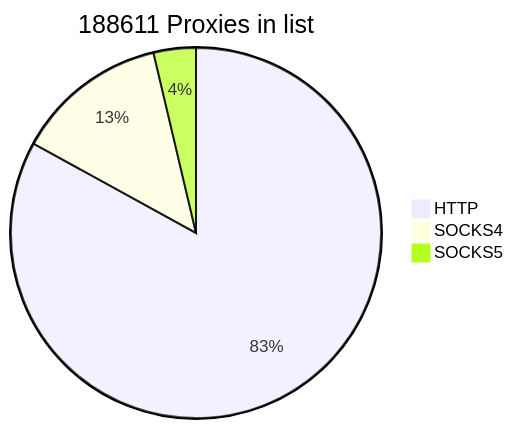
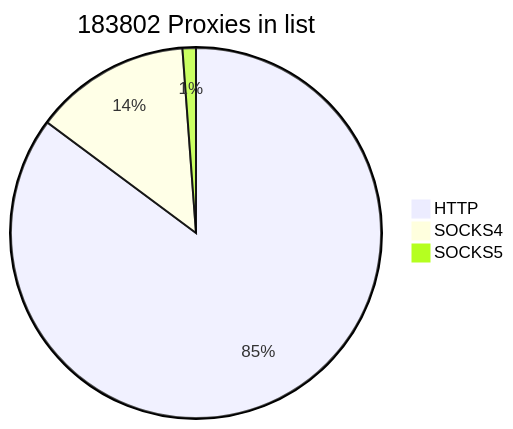
The first of 2 diagrams in README.md (cutipu/proxylist), drawn with Mermaid before and after one commit. The commit also changed other lines of this file, not shown here.

````diff
--- a/README.md
+++ b/README.md
@@ -2,7 +2,7 @@
 ```mermaid
-pie title 188611 Proxies in list
+pie title 183802 Proxies in list
     "HTTP" : 156553
     "SOCKS4" : 25098
-    "SOCKS5" : 6960
+    "SOCKS5" : 2151
             
 ```
````
